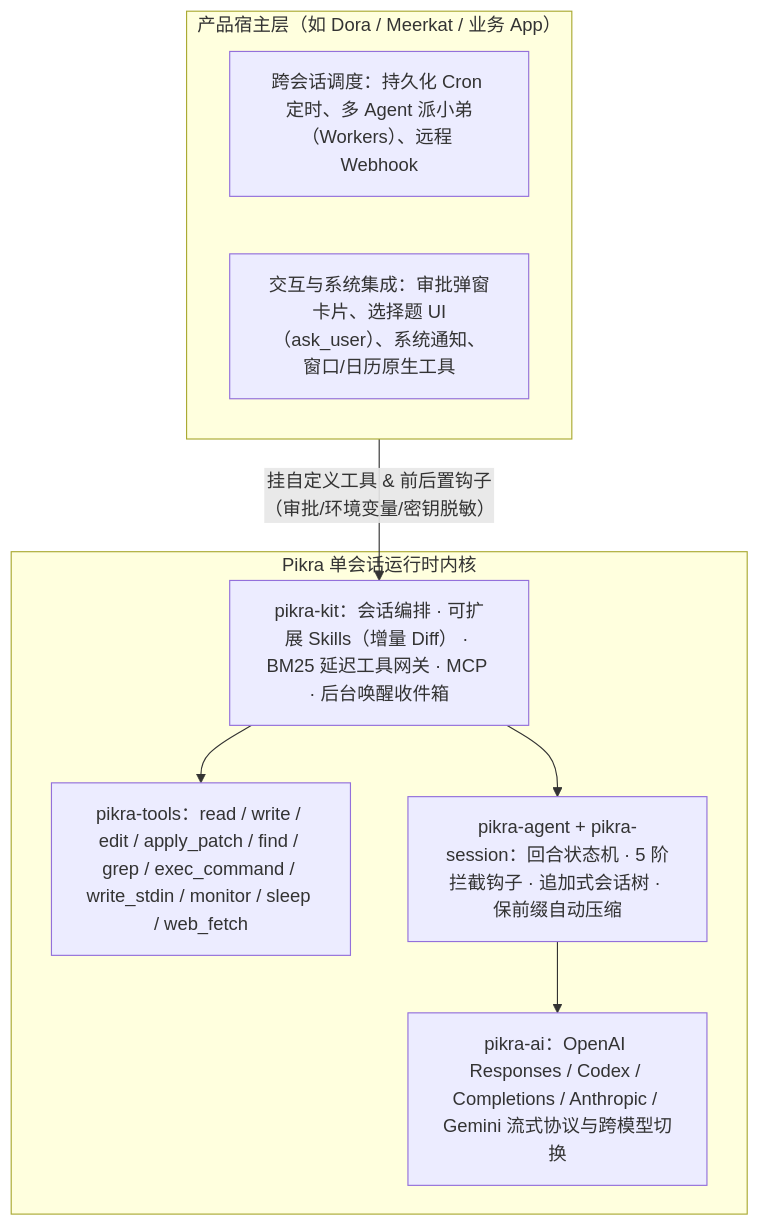
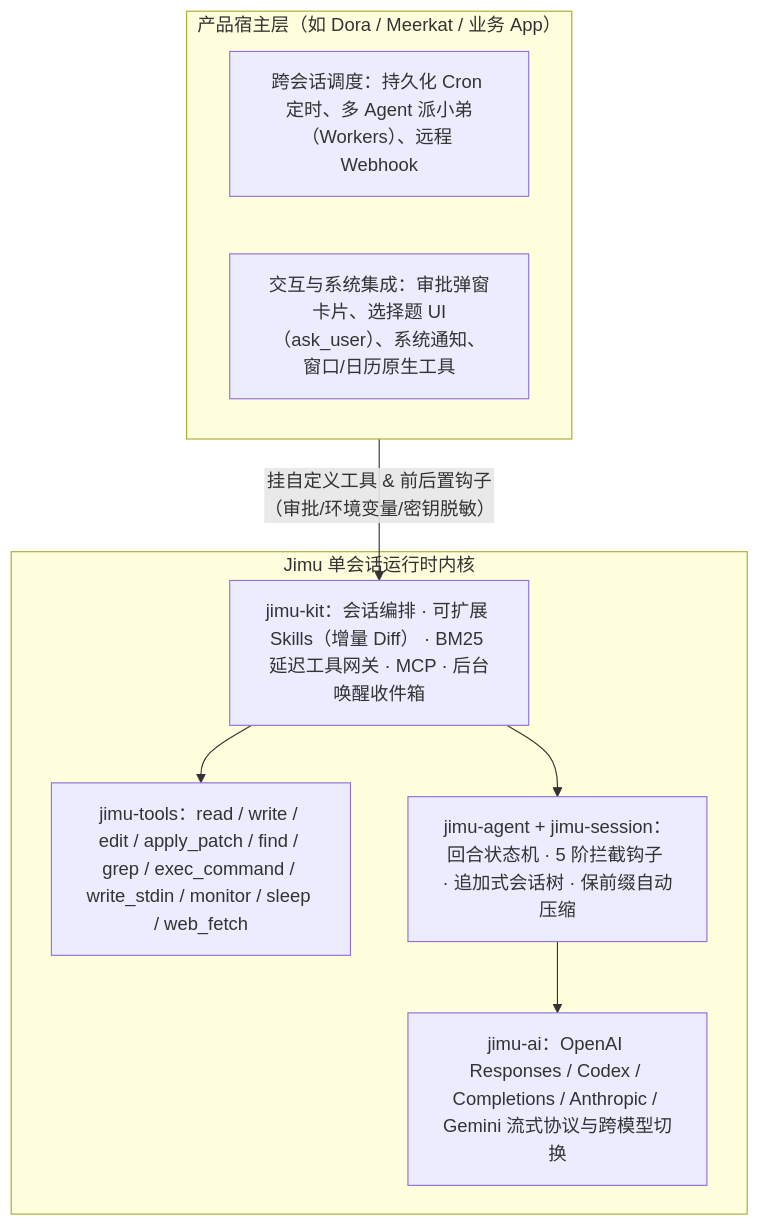
Before and after one commit to what1f/jimu: the first of 2 diagrams in docs/architecture.md, drawn with Mermaid. The commit also changed other lines of this file and 611 other files, not shown here.

Commit message:
refactor: complete pikra to jimu rename and add auto_reload_skills to FFI and JimuKit

````diff
--- a/docs/architecture.md
+++ b/docs/architecture.md
@@ -19,19 +19,19 @@
 ```mermaid
 flowchart TB
     subgraph Host["产品宿主层（如 Dora / Meerkat / 业务 App）"]
         GlobalSched["跨会话调度：持久化 Cron 定时、多 Agent 派小弟（Workers）、远程 Webhook"]
         UI["交互与系统集成：审批弹窗卡片、选择题 UI（ask_user）、系统通知、窗口/日历原生工具"]
     end
 
-    subgraph Pikra["Pikra 单会话运行时内核"]
-        Kit["pikra-kit：会话编排 · 可扩展 Skills（增量 Diff） · BM25 延迟工具网关 · MCP · 后台唤醒收件箱"]
-        Tools["pikra-tools：read / write / edit / apply_patch / find / grep / exec_command / write_stdin / monitor / sleep / web_fetch"]
-        Loop["pikra-agent + pikra-session：回合状态机 · 5 阶拦截钩子 · 追加式会话树 · 保前缀自动压缩"]
-        Wire["pikra-ai：OpenAI Responses / Codex / Completions / Anthropic / Gemini 流式协议与跨模型切换"]
+    subgraph Jimu["Jimu 单会话运行时内核"]
+        Kit["jimu-kit：会话编排 · 可扩展 Skills（增量 Diff） · BM25 延迟工具网关 · MCP · 后台唤醒收件箱"]
+        Tools["jimu-tools：read / write / edit / apply_patch / find / grep / exec_command / write_stdin / monitor / sleep / web_fetch"]
+        Loop["jimu-agent + jimu-session：回合状态机 · 5 阶拦截钩子 · 追加式会话树 · 保前缀自动压缩"]
+        Wire["jimu-ai：OpenAI Responses / Codex / Completions / Anthropic / Gemini 流式协议与跨模型切换"]
     end
 
     Host -->|"挂自定义工具 & 前后置钩子（审批/环境变量/密钥脱敏）"| Kit
     Kit --> Tools
     Kit --> Loop
     Loop --> Wire
 ```
````
